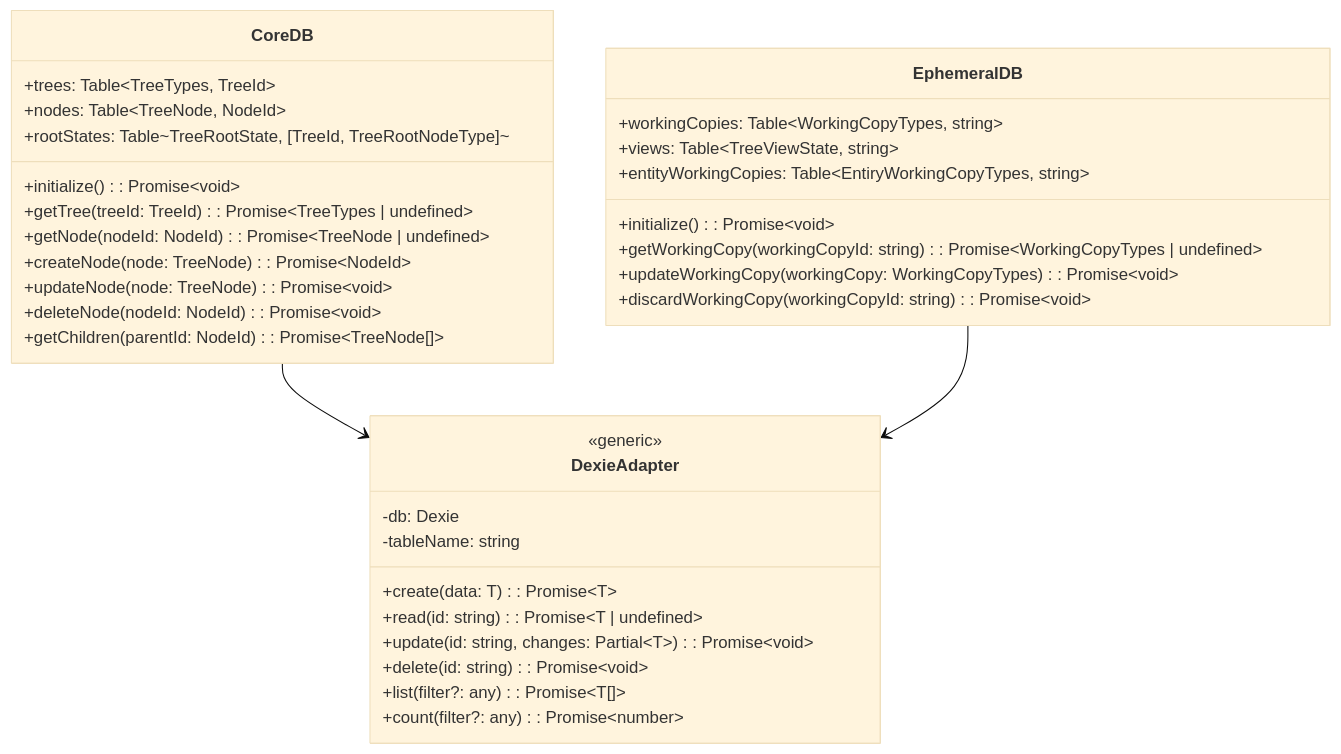
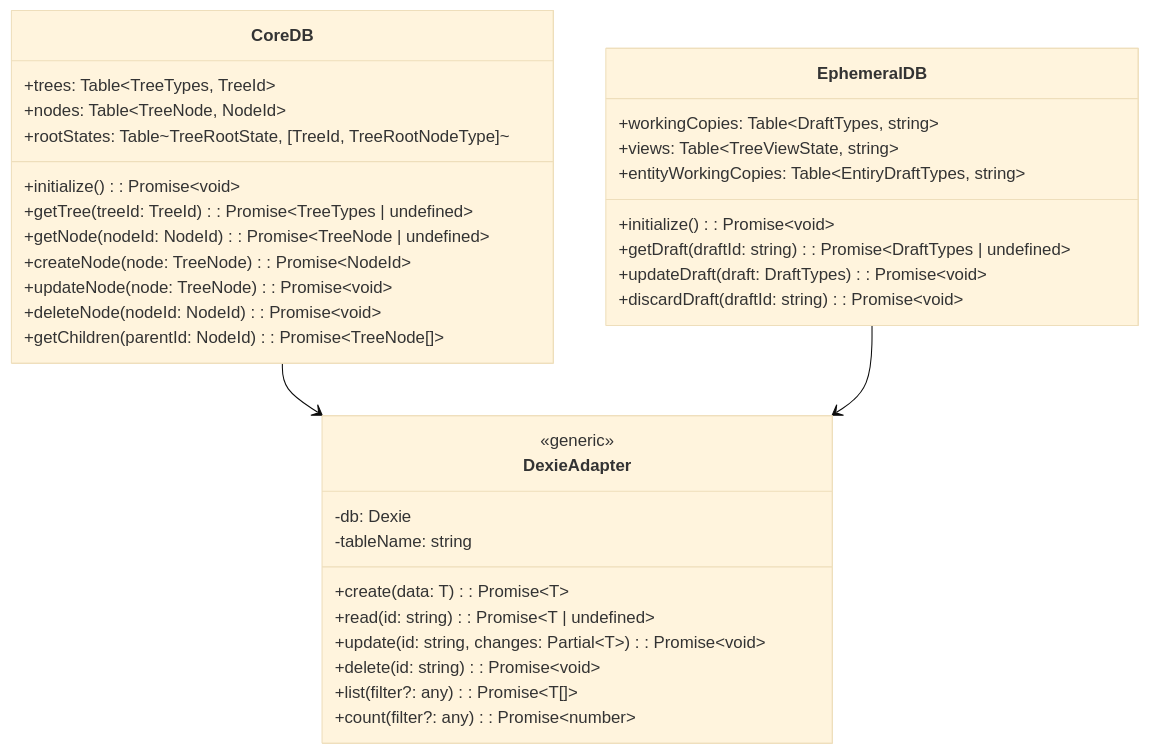
The fourth of 18 diagrams in docs/deprecated/REPORT/technical-architecture-specification.md (kubohiroya/hierarchidb), drawn with Mermaid (base theme) before and after one commit. The commit also changed other lines of this file and 796 other files, not shown here.

````diff
--- a/docs/deprecated/REPORT/technical-architecture-specification.md
+++ b/docs/deprecated/REPORT/technical-architecture-specification.md
@@ -238,40 +238,40 @@
 ```mermaid
 classDiagram
     class CoreDB {
         +trees: Table~TreeTypes, TreeId~
         +nodes: Table~TreeNode, NodeId~
         +rootStates: Table~TreeRootState, [TreeId, TreeRootNodeType]~
         +initialize(): Promise~void~
         +getTree(treeId: TreeId): Promise~TreeTypes | undefined~
         +getNode(nodeId: NodeId): Promise~TreeNode | undefined~
         +createNode(node: TreeNode): Promise~NodeId~
         +updateNode(node: TreeNode): Promise~void~
         +deleteNode(nodeId: NodeId): Promise~void~
         +getChildren(parentId: NodeId): Promise~TreeNode[]~
     }
 
     class EphemeralDB {
-        +workingCopies: Table~WorkingCopyTypes, string~
+        +workingCopies: Table~DraftTypes, string~
         +views: Table~TreeViewState, string~
-        +entityWorkingCopies: Table~EntiryWorkingCopyTypes, string~
+        +entityWorkingCopies: Table~EntiryDraftTypes, string~
         +initialize(): Promise~void~
-        +getWorkingCopy(workingCopyId: string): Promise~WorkingCopyTypes | undefined~
-        +updateWorkingCopy(workingCopy: WorkingCopyTypes): Promise~void~
-        +discardWorkingCopy(workingCopyId: string): Promise~void~
+        +getDraft(draftId: string): Promise~DraftTypes | undefined~
+        +updateDraft(draft: DraftTypes): Promise~void~
+        +discardDraft(draftId: string): Promise~void~
     }
 
     class DexieAdapter {
         <<generic>>
         -db: Dexie
         -tableName: string
         +create(data: T): Promise~T~
         +read(id: string): Promise~T | undefined~
         +update(id: string, changes: Partial~T~): Promise~void~
         +delete(id: string): Promise~void~
         +list(filter?: any): Promise~T[]~
         +count(filter?: any): Promise~number~
     }
 
     CoreDB --> DexieAdapter
     EphemeralDB --> DexieAdapter
 ```
````
